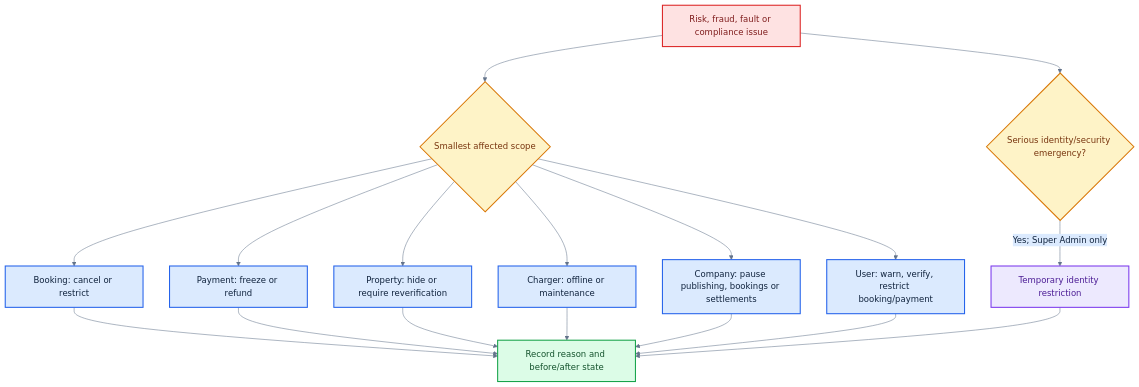
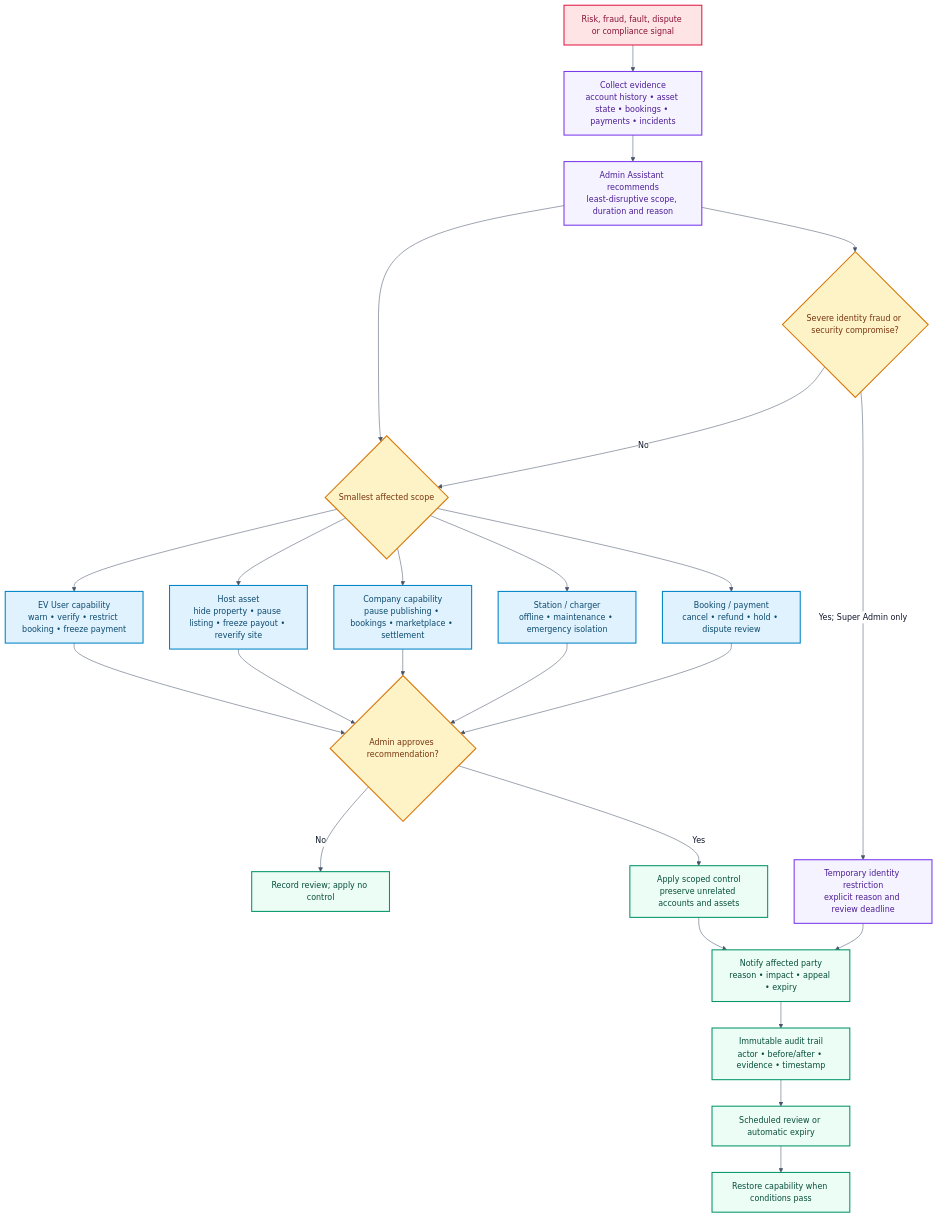
Before and after one commit to cs1m2414238/vidyutEV-1.0: the eighth of 10 diagrams in README.md, drawn with Mermaid. The commit also changed other lines of this file, not shown here.

````diff
--- a/README.md
+++ b/README.md
@@ -244,31 +446,39 @@
 ```mermaid
-%%{init: {"theme":"base","themeVariables":{"primaryColor":"#dcfce7","primaryTextColor":"#10233d","primaryBorderColor":"#16a34a","lineColor":"#64748b","secondaryColor":"#dbeafe","tertiaryColor":"#fef3c7"}}}%%
+%%{init: {"theme":"base","themeVariables":{"background":"#ffffff","fontFamily":"Inter, ui-sans-serif, system-ui, sans-serif","fontSize":"15px","primaryColor":"#ecfdf5","primaryTextColor":"#0f172a","primaryBorderColor":"#059669","lineColor":"#475569","secondaryColor":"#e0f2fe","tertiaryColor":"#f5f3ff","clusterBkg":"#f8fafc","clusterBorder":"#cbd5e1","edgeLabelBackground":"#ffffff"}}}%%
 flowchart TD
-    ISSUE[Risk, fraud, fault or compliance issue] --> SCOPE{Smallest affected scope}
-    SCOPE --> BOOKING[Booking: cancel or restrict]
-    SCOPE --> PAYMENT[Payment: freeze or refund]
-    SCOPE --> PROPERTY[Property: hide or require reverification]
-    SCOPE --> CHARGER[Charger: offline or maintenance]
-    SCOPE --> COMPANY[Company: pause publishing, bookings or settlements]
-    SCOPE --> USER[User: warn, verify, restrict booking/payment]
-    BOOKING --> AUDIT[Record reason and before/after state]
-    PAYMENT --> AUDIT
-    PROPERTY --> AUDIT
-    CHARGER --> AUDIT
-    COMPANY --> AUDIT
-    USER --> AUDIT
-    ISSUE --> EMERGENCY{Serious identity/security emergency?}
-    EMERGENCY -->|Yes; Super Admin only| IDENTITY[Temporary identity restriction]
-    IDENTITY --> AUDIT
+    ISSUE["Risk, fraud, fault, dispute or compliance signal"] --> EVIDENCE["Collect evidence<br/>account history • asset state • bookings • payments • incidents"]
+    EVIDENCE --> AGENT["Admin Assistant recommends<br/>least-disruptive scope, duration and reason"]
+    AGENT --> SCOPE{"Smallest affected scope"}
+    SCOPE --> USER["EV User capability<br/>warn • verify • restrict booking • freeze payment"]
+    SCOPE --> HOST["Host asset<br/>hide property • pause listing • freeze payout • reverify site"]
+    SCOPE --> COMPANY["Company capability<br/>pause publishing • bookings • marketplace • settlement"]
+    SCOPE --> CHARGER["Station / charger<br/>offline • maintenance • emergency isolation"]
+    SCOPE --> TRANSACTION["Booking / payment<br/>cancel • refund • hold • dispute review"]
+    USER --> REVIEW{"Admin approves recommendation?"}
+    HOST --> REVIEW
+    COMPANY --> REVIEW
+    CHARGER --> REVIEW
+    TRANSACTION --> REVIEW
+    REVIEW -->|No| CLOSE["Record review; apply no control"]
+    REVIEW -->|Yes| APPLY["Apply scoped control<br/>preserve unrelated accounts and assets"]
+    APPLY --> NOTICE["Notify affected party<br/>reason • impact • appeal • expiry"]
+    NOTICE --> AUDIT["Immutable audit trail<br/>actor • before/after • evidence • timestamp"]
+    AUDIT --> EXPIRY["Scheduled review or automatic expiry"]
+    EXPIRY --> RESTORE["Restore capability when conditions pass"]
 
-    classDef issue fill:#fee2e2,stroke:#dc2626,color:#7f1d1d,stroke-width:2px
+    AGENT --> EMERGENCY{"Severe identity fraud or security compromise?"}
+    EMERGENCY -->|No| SCOPE
+    EMERGENCY -->|Yes; Super Admin only| IDENTITY["Temporary identity restriction<br/>explicit reason and review deadline"]
+    IDENTITY --> NOTICE
+
+    classDef issue fill:#ffe4e6,stroke:#e11d48,color:#881337,stroke-width:2px
     classDef decision fill:#fef3c7,stroke:#d97706,color:#78350f,stroke-width:2px
-    classDef control fill:#dbeafe,stroke:#2563eb,color:#10233d,stroke-width:2px
-    classDef governance fill:#ede9fe,stroke:#7c3aed,color:#4c1d95,stroke-width:2px
-    classDef audit fill:#dcfce7,stroke:#16a34a,color:#14532d,stroke-width:2px
+    classDef control fill:#e0f2fe,stroke:#0284c7,color:#0c4a6e,stroke-width:2px
+    classDef governance fill:#f5f3ff,stroke:#7c3aed,color:#4c1d95,stroke-width:2px
+    classDef audit fill:#ecfdf5,stroke:#059669,color:#064e3b,stroke-width:2px
     class ISSUE issue
-    class SCOPE,EMERGENCY decision
-    class BOOKING,PAYMENT,PROPERTY,CHARGER,COMPANY,USER control
-    class IDENTITY governance
-    class AUDIT audit
+    class SCOPE,REVIEW,EMERGENCY decision
+    class USER,HOST,COMPANY,CHARGER,TRANSACTION control
+    class EVIDENCE,AGENT,IDENTITY governance
+    class APPLY,NOTICE,AUDIT,EXPIRY,RESTORE,CLOSE audit
 ```
````
